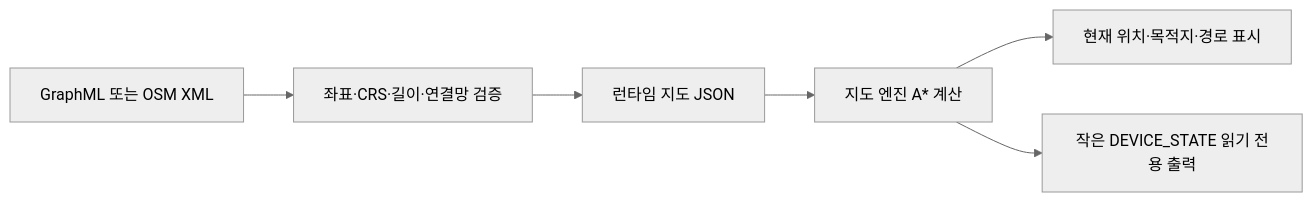
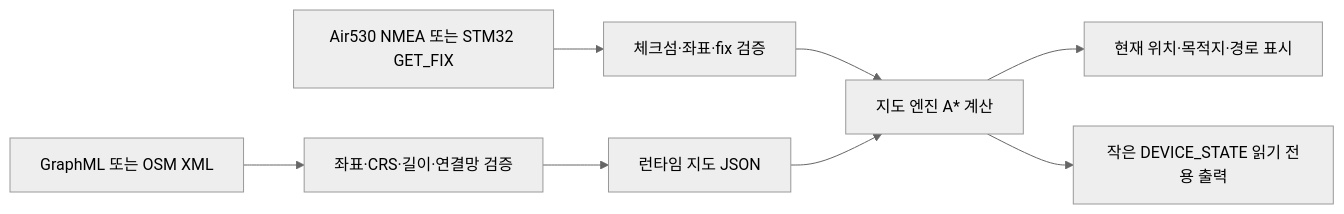
The diagram in MAP/README.md (2026-ESW-OGTECH/OGTECH-llm), drawn with Mermaid (neutral theme) before and after one commit. The commit also changed other lines of this file and 46 other files, not shown here.

````diff
--- a/MAP/README.md
+++ b/MAP/README.md
@@ -15,8 +15,10 @@
 ```mermaid
 flowchart LR
   A["GraphML 또는 OSM XML"] --> B["좌표·CRS·길이·연결망 검증"]
   B --> C["런타임 지도 JSON"]
+  G["Air530 NMEA 또는 STM32 GET_FIX"] --> H["체크섬·좌표·fix 검증"]
+  H --> D
   C --> D["지도 엔진 A* 계산"]
   D --> E["현재 위치·목적지·경로 표시"]
   D --> F["작은 DEVICE_STATE 읽기 전용 출력"]
 ```
````
